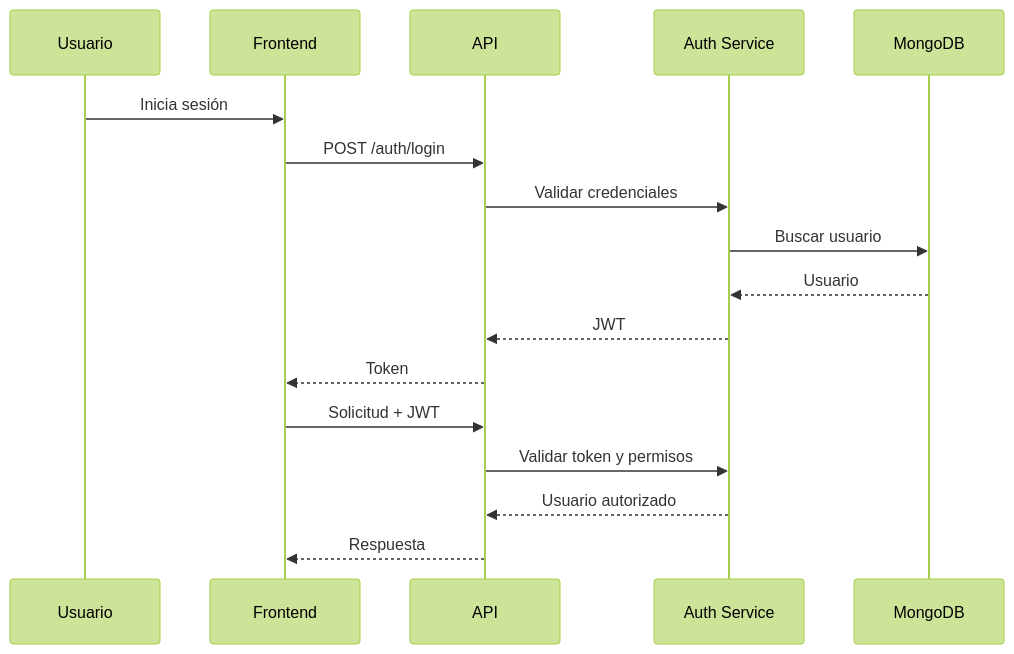
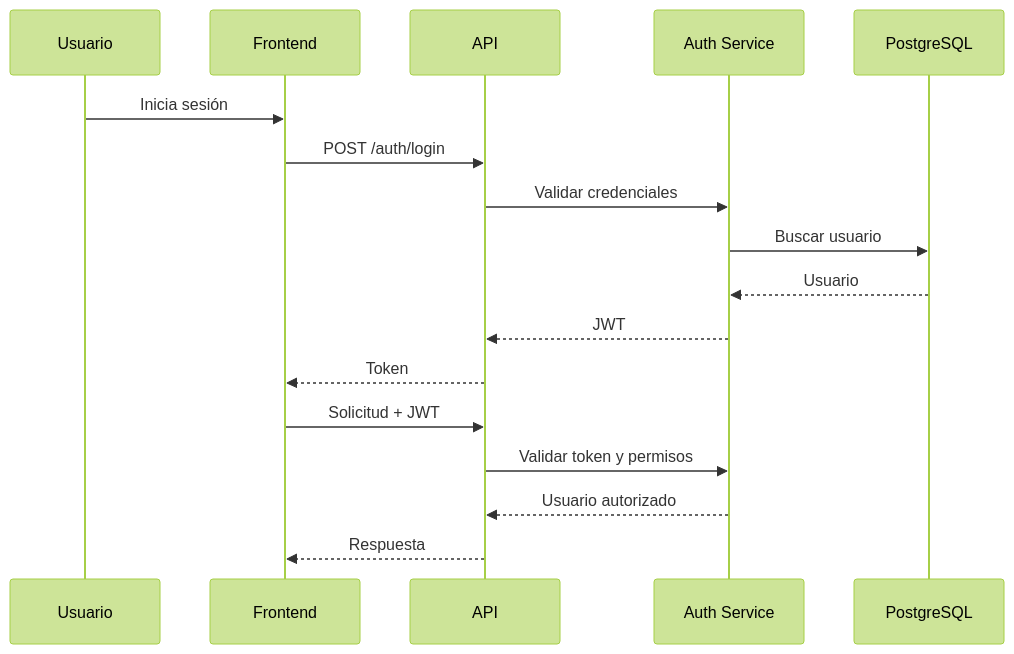
Before and after one commit to NicolasArrastia/UTN-TFI: the second of 2 diagrams in docs/arquitectura/01-arquitectura-general.md, drawn with Mermaid (forest theme). The commit also changed other lines of this file and 6 other files, not shown here.

Commit message:
docs: update PostgreSQL documentation and app structures

````diff
--- a/docs/arquitectura/01-arquitectura-general.md
+++ b/docs/arquitectura/01-arquitectura-general.md
@@ -105,20 +108,21 @@
 ```mermaid
 sequenceDiagram
     participant U as Usuario
     participant F as Frontend
     participant A as API
     participant S as Auth Service
-    participant DB as MongoDB
+    participant DB as PostgreSQL
+
 
     U->>F: Inicia sesión
     F->>A: POST /auth/login
     A->>S: Validar credenciales
     S->>DB: Buscar usuario
     DB-->>S: Usuario
     S-->>A: JWT
     A-->>F: Token
     F->>A: Solicitud + JWT
     A->>S: Validar token y permisos
     S-->>A: Usuario autorizado
     A-->>F: Respuesta
 ```
````
